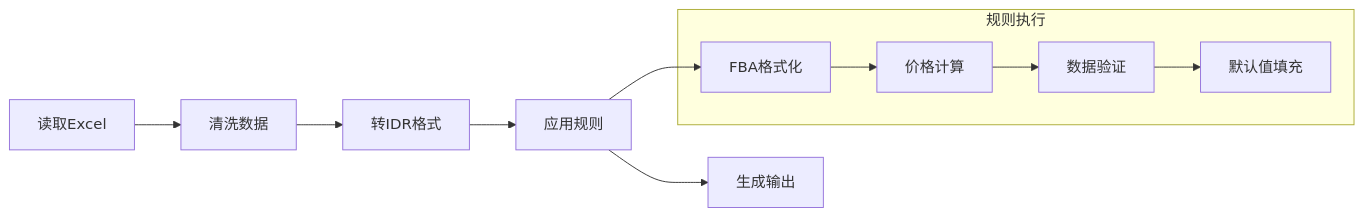
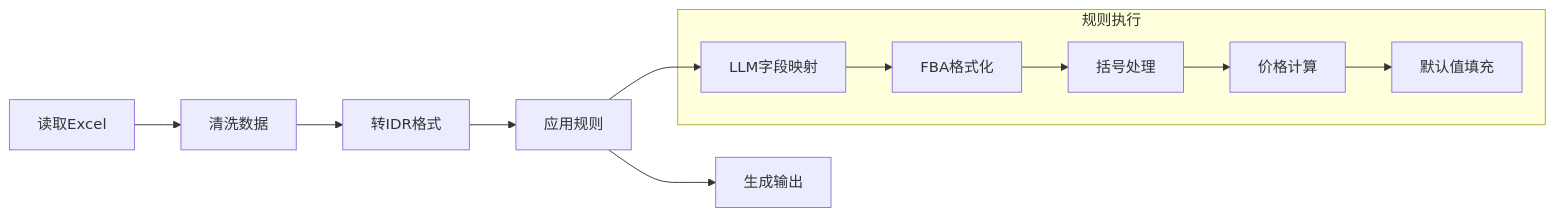
The second of 2 diagrams in docs/PROJECT_STRUCTURE.md (fyaic/ExcelConvert), drawn with Mermaid before and after one commit. The commit also changed other lines of this file and 18 other files, not shown here.

````diff
--- a/docs/PROJECT_STRUCTURE.md
+++ b/docs/PROJECT_STRUCTURE.md
@@ -73,19 +95,21 @@
 ```mermaid
 flowchart LR
     A[读取Excel] --> B[清洗数据]
     B --> C[转IDR格式]
     C --> D[应用规则]
     D --> E[生成输出]
 
     subgraph "规则执行"
-        F[FBA格式化]
-        G[价格计算]
-        H[数据验证]
+        F[LLM字段映射]
+        G1[FBA格式化]
+        G2[括号处理]
+        H[价格计算]
         I[默认值填充]
     end
 
     D --> F
-    F --> G
-    G --> H
+    F --> G1
+    G1 --> G2
+    G2 --> H
     H --> I
 ```
````
